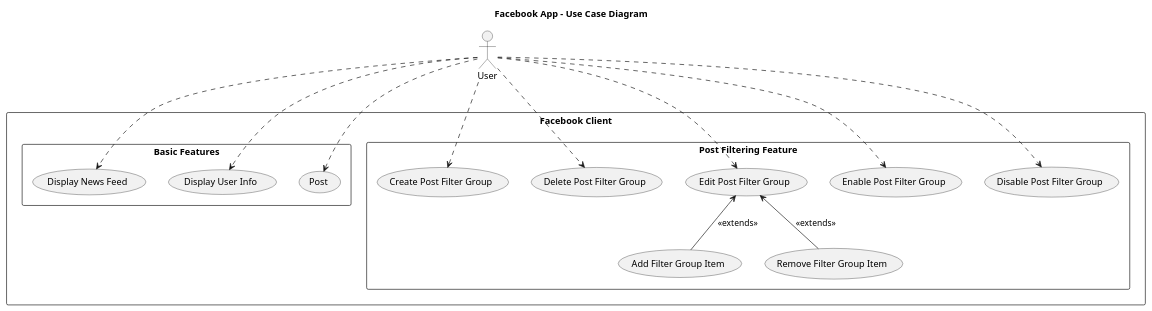
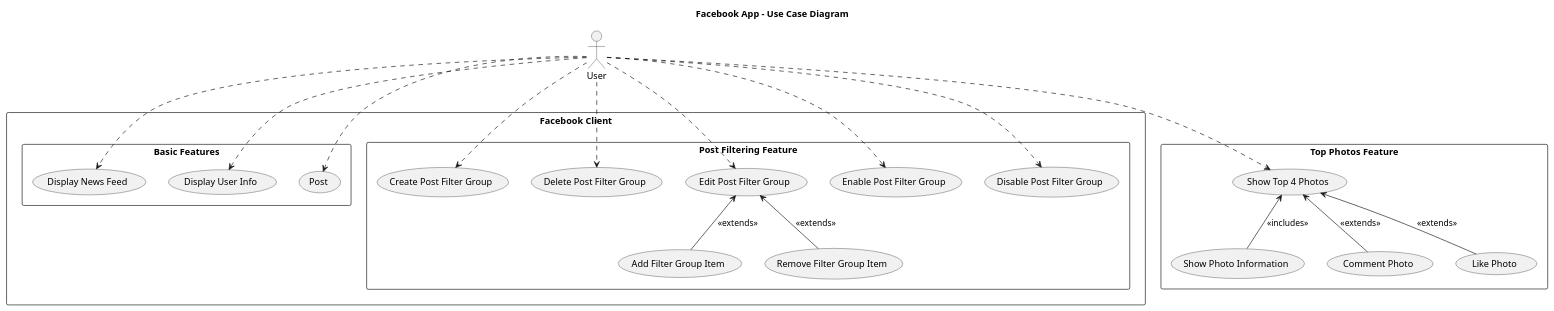
One commit to danielklein45/B16_Ex01 changed the diagram in DesignFiles/UseCaseDiagram.plantuml. Above: the diagram before and after it, drawn with PlantUML. The commit also changed 1 other file, not shown here.

Commit message:
Finished Adding My classes on both UML's

```diff
--- a/DesignFiles/UseCaseDiagram.plantuml
+++ b/DesignFiles/UseCaseDiagram.plantuml
@@ -1,44 +1,58 @@
 @startuml
 
 title Facebook App - Use Case Diagram
 
 :User: 
 
 rectangle "Facebook Client"{
     rectangle "Basic Features"{
    }
    rectangle "Post Filtering Feature"{
    }
 }
 
 rectangle "Basic Features" {
     (Display News Feed)
     (Display User Info)
     (Post)
 }
 
 rectangle "Post Filtering Feature" {
     (Create Post Filter Group)
     (Delete Post Filter Group)
     (Edit Post Filter Group)
     (Add Filter Group Item)
     (Remove Filter Group Item)
     (Enable Post Filter Group)
     (Disable Post Filter Group)
 }
 
+rectangle "Top Photos Feature" {
+    (Show Top 4 Photos)
+    (Show Photo Information)
+    (Comment Photo)
+    (Like Photo)
+}
+
 
 User ..> (Create Post Filter Group)
 User ..> (Delete Post Filter Group)
 User ..> (Edit Post Filter Group)
 User ..> (Enable Post Filter Group)
 User ..> (Disable Post Filter Group)
+User ..> (Show Top 4 Photos)
 
 (Edit Post Filter Group) <-- (Add Filter Group Item): <<extends>>
 (Edit Post Filter Group) <-- (Remove Filter Group Item): <<extends>>
+
+(Show Top 4 Photos) <-- (Comment Photo): <<extends>>
+(Show Top 4 Photos) <-- (Show Photo Information): <<includes>>
+(Show Top 4 Photos) <-- (Like Photo): <<extends>>
+
 
 User ..> (Post)
 User ..> (Display News Feed)
 User ..> (Display User Info)
 
+
 @enduml
```
